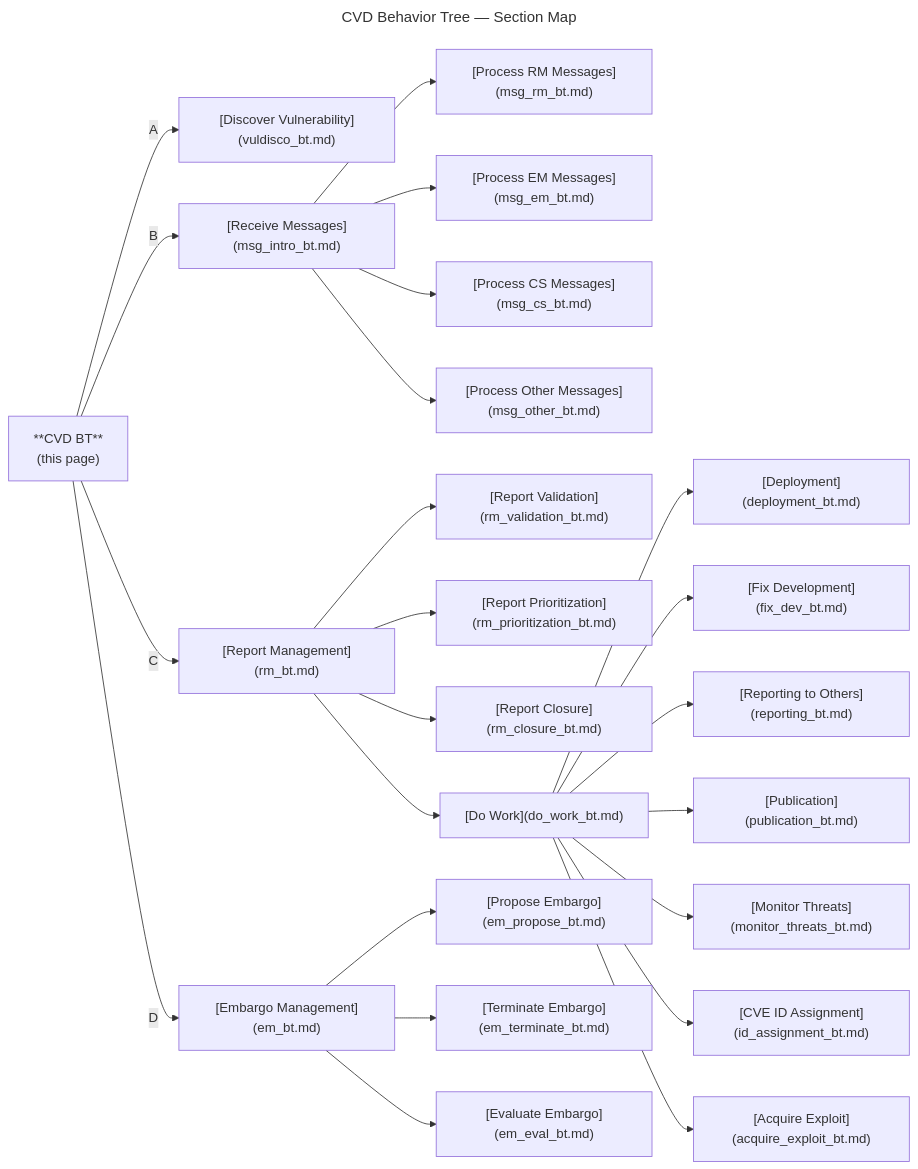
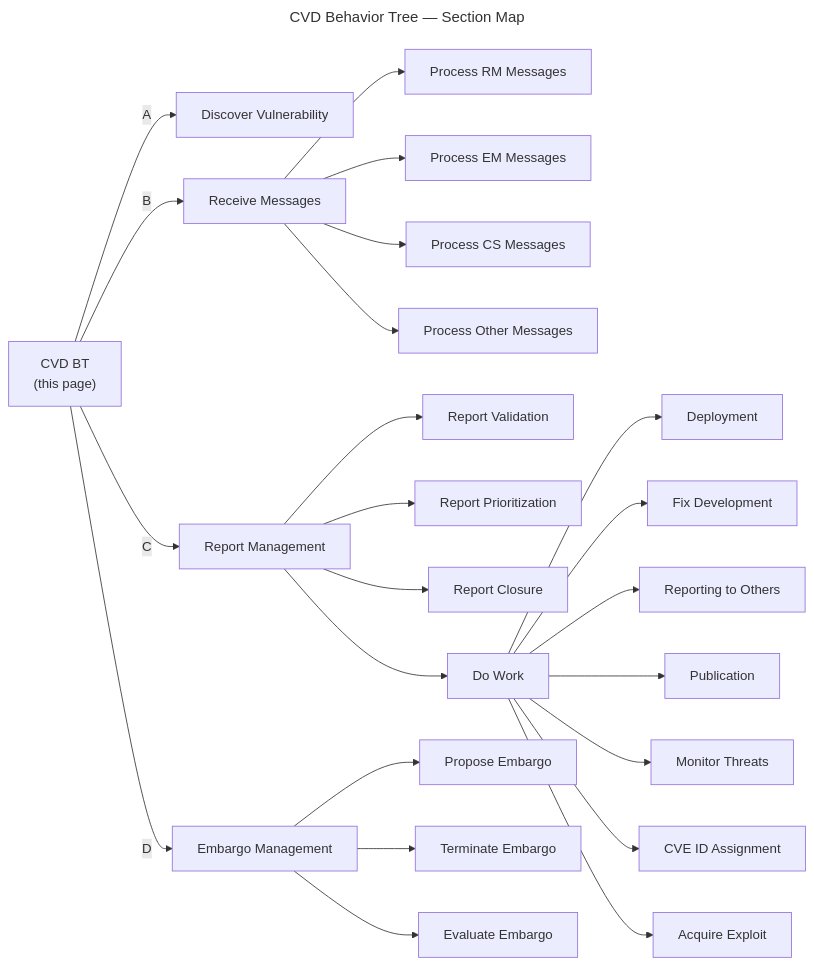
The second of 2 diagrams in docs/topics/behavior_logic/cvd_bt.md (CERTCC/Vultron), drawn with Mermaid before and after one commit. The commit also changed other lines of this file, not shown here.

First line of the commit message:
docs: reduce redundancy and fix section map in cvd_bt.md

````diff
--- a/docs/topics/behavior_logic/cvd_bt.md
+++ b/docs/topics/behavior_logic/cvd_bt.md
@@ -63,55 +100,55 @@
 ```mermaid
 ---
 title: CVD Behavior Tree — Section Map
 ---
 flowchart LR
-    cvd["**CVD BT**<br/>(this page)"]
-    vuldisco["[Discover Vulnerability](vuldisco_bt.md)"]
+    cvd["CVD BT\n(this page)"]
+    vuldisco["Discover Vulnerability"]
     cvd -->|A| vuldisco
-    recv["[Receive Messages](msg_intro_bt.md)"]
+    recv["Receive Messages"]
     cvd -->|B| recv
-    rm_bt["[Report Management](rm_bt.md)"]
+    rm_bt["Report Management"]
     cvd -->|C| rm_bt
-    em_bt["[Embargo Management](em_bt.md)"]
+    em_bt["Embargo Management"]
     cvd -->|D| em_bt
 
-    proc_rm["[Process RM Messages](msg_rm_bt.md)"]
+    proc_rm["Process RM Messages"]
     recv --> proc_rm
-    proc_em["[Process EM Messages](msg_em_bt.md)"]
+    proc_em["Process EM Messages"]
     recv --> proc_em
-    proc_cs["[Process CS Messages](msg_cs_bt.md)"]
+    proc_cs["Process CS Messages"]
     recv --> proc_cs
-    proc_other["[Process Other Messages](msg_other_bt.md)"]
+    proc_other["Process Other Messages"]
     recv --> proc_other
 
-    rm_val["[Report Validation](rm_validation_bt.md)"]
+    rm_val["Report Validation"]
     rm_bt --> rm_val
-    rm_pri["[Report Prioritization](rm_prioritization_bt.md)"]
+    rm_pri["Report Prioritization"]
     rm_bt --> rm_pri
-    rm_clo["[Report Closure](rm_closure_bt.md)"]
+    rm_clo["Report Closure"]
     rm_bt --> rm_clo
-    do_work["[Do Work](do_work_bt.md)"]
+    do_work["Do Work"]
     rm_bt --> do_work
 
-    deploy["[Deployment](deployment_bt.md)"]
+    deploy["Deployment"]
     do_work --> deploy
-    fix_dev["[Fix Development](fix_dev_bt.md)"]
+    fix_dev["Fix Development"]
     do_work --> fix_dev
-    reporting["[Reporting to Others](reporting_bt.md)"]
+    reporting["Reporting to Others"]
     do_work --> reporting
-    pub["[Publication](publication_bt.md)"]
+    pub["Publication"]
     do_work --> pub
-    mon["[Monitor Threats](monitor_threats_bt.md)"]
+    mon["Monitor Threats"]
     do_work --> mon
-    id_assign["[CVE ID Assignment](id_assignment_bt.md)"]
+    id_assign["CVE ID Assignment"]
     do_work --> id_assign
-    acq_exp["[Acquire Exploit](acquire_exploit_bt.md)"]
+    acq_exp["Acquire Exploit"]
     do_work --> acq_exp
 
-    em_prop["[Propose Embargo](em_propose_bt.md)"]
+    em_prop["Propose Embargo"]
     em_bt --> em_prop
-    em_term["[Terminate Embargo](em_terminate_bt.md)"]
+    em_term["Terminate Embargo"]
     em_bt --> em_term
-    em_eval["[Evaluate Embargo](em_eval_bt.md)"]
+    em_eval["Evaluate Embargo"]
     em_bt --> em_eval
 ```
````
